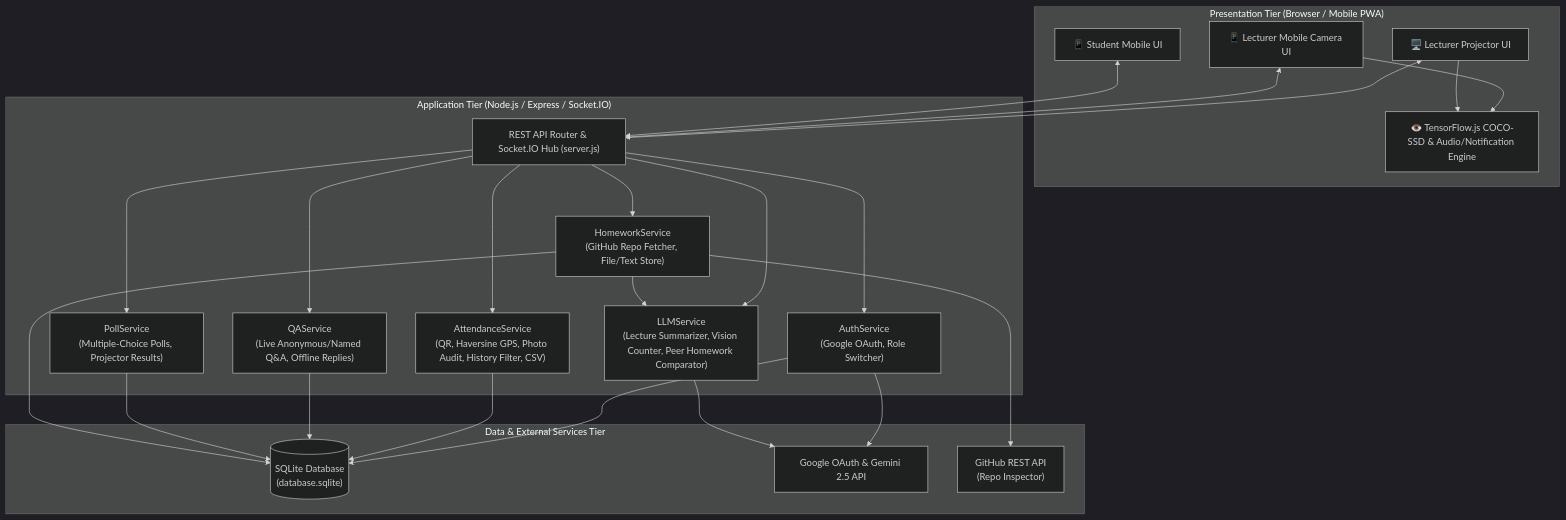
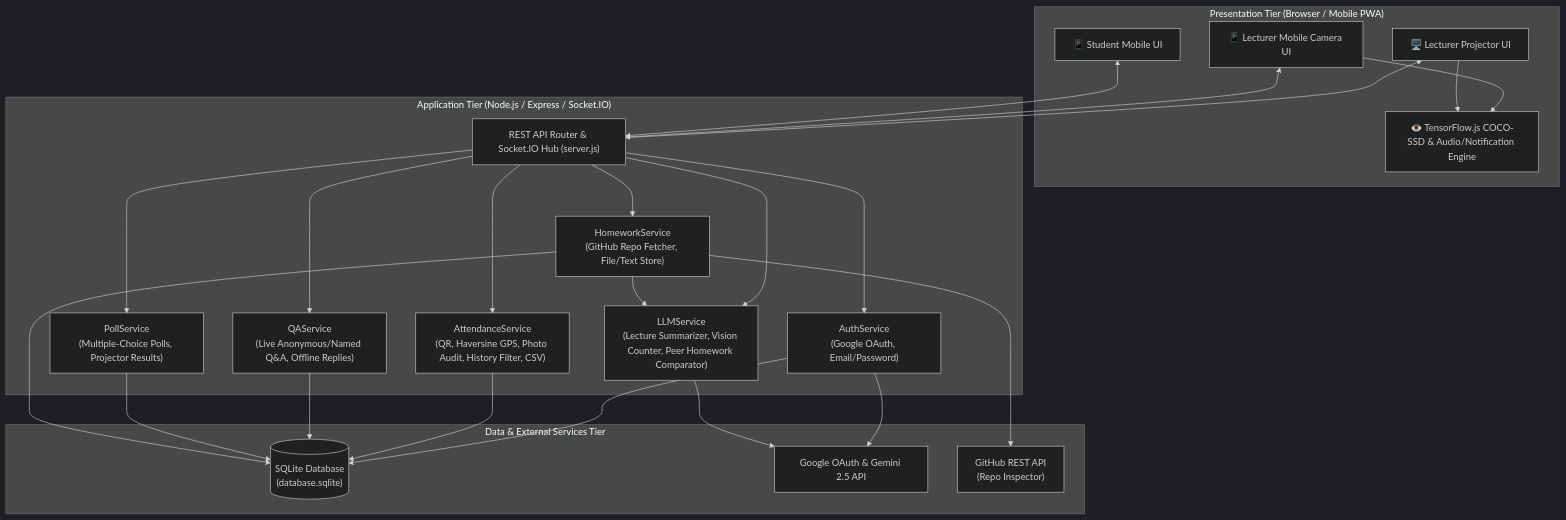
One commit to amiramAs/I2SE_Exe2 changed the first of 2 diagrams in docs/05_Software_Components_Architecture.md. Above: the diagram before and after it, drawn with Mermaid (dark theme). The commit also changed other lines of this file and 17 other files, not shown here.

````diff
--- a/docs/05_Software_Components_Architecture.md
+++ b/docs/05_Software_Components_Architecture.md
@@ -28,49 +28,49 @@
 ```mermaid
 flowchart TB
     subgraph Client_Tier["Presentation Tier (Browser / Mobile PWA)"]
         LP["🖥️ Lecturer Projector UI"]
         LM["📱 Lecturer Mobile Camera UI"]
         SM["📱 Student Mobile UI"]
         TF["👁️ TensorFlow.js COCO-SSD & Audio/Notification Engine"]
     end
 
     subgraph Application_Tier["Application Tier (Node.js / Express / Socket.IO)"]
         API["REST API Router & Socket.IO Hub (server.js)"]
-        AUTH["AuthService\n(Google OAuth, Role Switcher)"]
+        AUTH["AuthService\n(Google OAuth, Email/Password)"]
         ATT["AttendanceService\n(QR, Haversine GPS, Photo Audit, History Filter, CSV)"]
         QA["QAService\n(Live Anonymous/Named Q&A, Offline Replies)"]
         POLL["PollService\n(Multiple-Choice Polls, Projector Results)"]
         LLM["LLMService\n(Lecture Summarizer, Vision Counter, Peer Homework Comparator)"]
         HW["HomeworkService\n(GitHub Repo Fetcher, File/Text Store)"]
     end
 
     subgraph Data_Tier["Data & External Services Tier"]
         SQL[("SQLite Database\n(database.sqlite)")]
         GAPI["Google OAuth & Gemini 2.5 API"]
         GH["GitHub REST API\n(Repo Inspector)"]
     end
 
     LP <--> API
     LM <--> API
     SM <--> API
     LM --> TF
     LP --> TF
 
     API --> AUTH
     API --> ATT
     API --> QA
     API --> POLL
     API --> LLM
     API --> HW
 
     AUTH --> SQL
     ATT --> SQL
     QA --> SQL
     POLL --> SQL
     HW --> SQL
 
     AUTH --> GAPI
     LLM --> GAPI
     HW --> LLM
     HW --> GH
 ```
````
